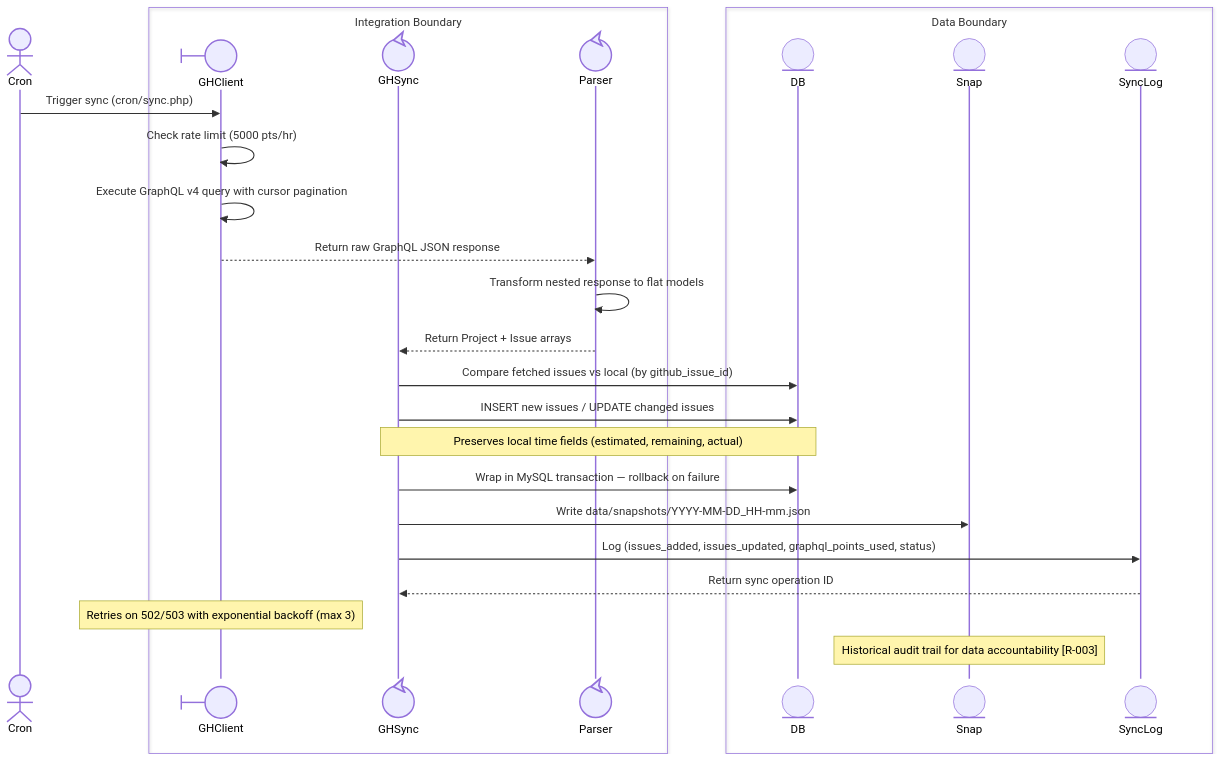
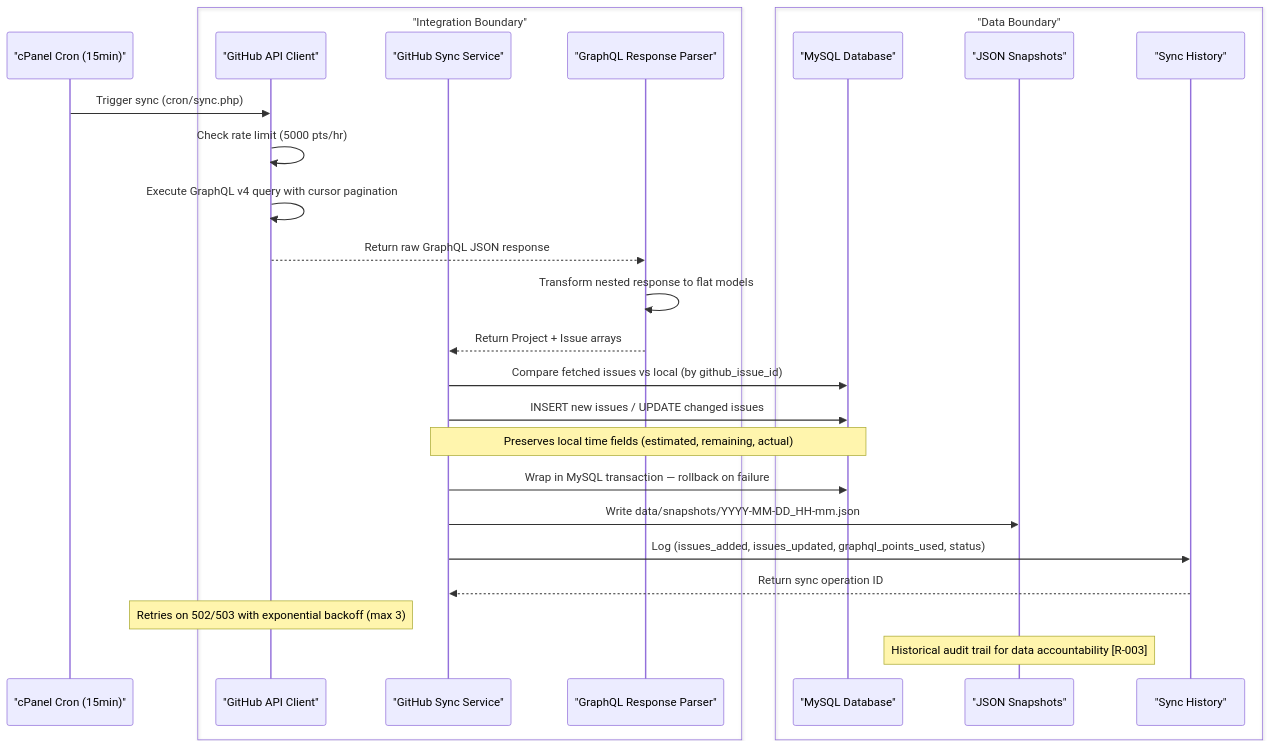
One commit to zhongadamwang/GitHubProjectAssistant changed the third of 8 diagrams in OrgDocument/orgModel/01 - Scrum Master Support Process/collaboration.md. Above: the diagram before and after it, drawn with Mermaid. The commit also changed other lines of this file and 9 other files, not shown here.

Commit message:
Fix diagram errors

````diff
--- a/OrgDocument/orgModel/01 - Scrum Master Support Process/collaboration.md
+++ b/OrgDocument/orgModel/01 - Scrum Master Support Process/collaboration.md
@@ -163,36 +164,37 @@
 ```mermaid
 sequenceDiagram
-    participant Cron@{ "type": "actor", "label": "cPanel Cron (15min)" }
+    %% Stereotypes: Cron=actor | GHClient=boundary, GHSync=control, Parser=control | DB=entity, Snap=entity, SyncLog=entity
+    participant Cron as "cPanel Cron (15min)"
 
-    box Integration Boundary
-        participant GHClient@{ "type": "boundary", "label": "GitHub API Client" }
-        participant GHSync@{ "type": "control", "label": "GitHub Sync Service" }
-        participant Parser@{ "type": "control", "label": "GraphQL Response Parser" }
+    box "Integration Boundary"
+        participant GHClient as "GitHub API Client"
+        participant GHSync as "GitHub Sync Service"
+        participant Parser as "GraphQL Response Parser"
     end
 
-    box Data Boundary
-        participant DB@{ "type": "entity", "label": "MySQL Database" }
-        participant Snap@{ "type": "entity", "label": "JSON Snapshots" }
-        participant SyncLog@{ "type": "entity", "label": "Sync History" }
+    box "Data Boundary"
+        participant DB as "MySQL Database"
+        participant Snap as "JSON Snapshots"
+        participant SyncLog as "Sync History"
     end
 
     Cron->>GHClient: Trigger sync (cron/sync.php)
     GHClient->>GHClient: Check rate limit (5000 pts/hr)
     GHClient->>GHClient: Execute GraphQL v4 query with cursor pagination
     GHClient-->>Parser: Return raw GraphQL JSON response
 
     Parser->>Parser: Transform nested response to flat models
     Parser-->>GHSync: Return Project + Issue arrays
 
     GHSync->>DB: Compare fetched issues vs local (by github_issue_id)
     GHSync->>DB: INSERT new issues / UPDATE changed issues
     Note over GHSync,DB: Preserves local time fields (estimated, remaining, actual)
     GHSync->>DB: Wrap in MySQL transaction — rollback on failure
 
     GHSync->>Snap: Write data/snapshots/YYYY-MM-DD_HH-mm.json
     GHSync->>SyncLog: Log (issues_added, issues_updated, graphql_points_used, status)
     SyncLog-->>GHSync: Return sync operation ID
 
     Note over GHClient: Retries on 502/503 with exponential backoff (max 3)
     Note over Snap: Historical audit trail for data accountability [R-003]
 ```
````
